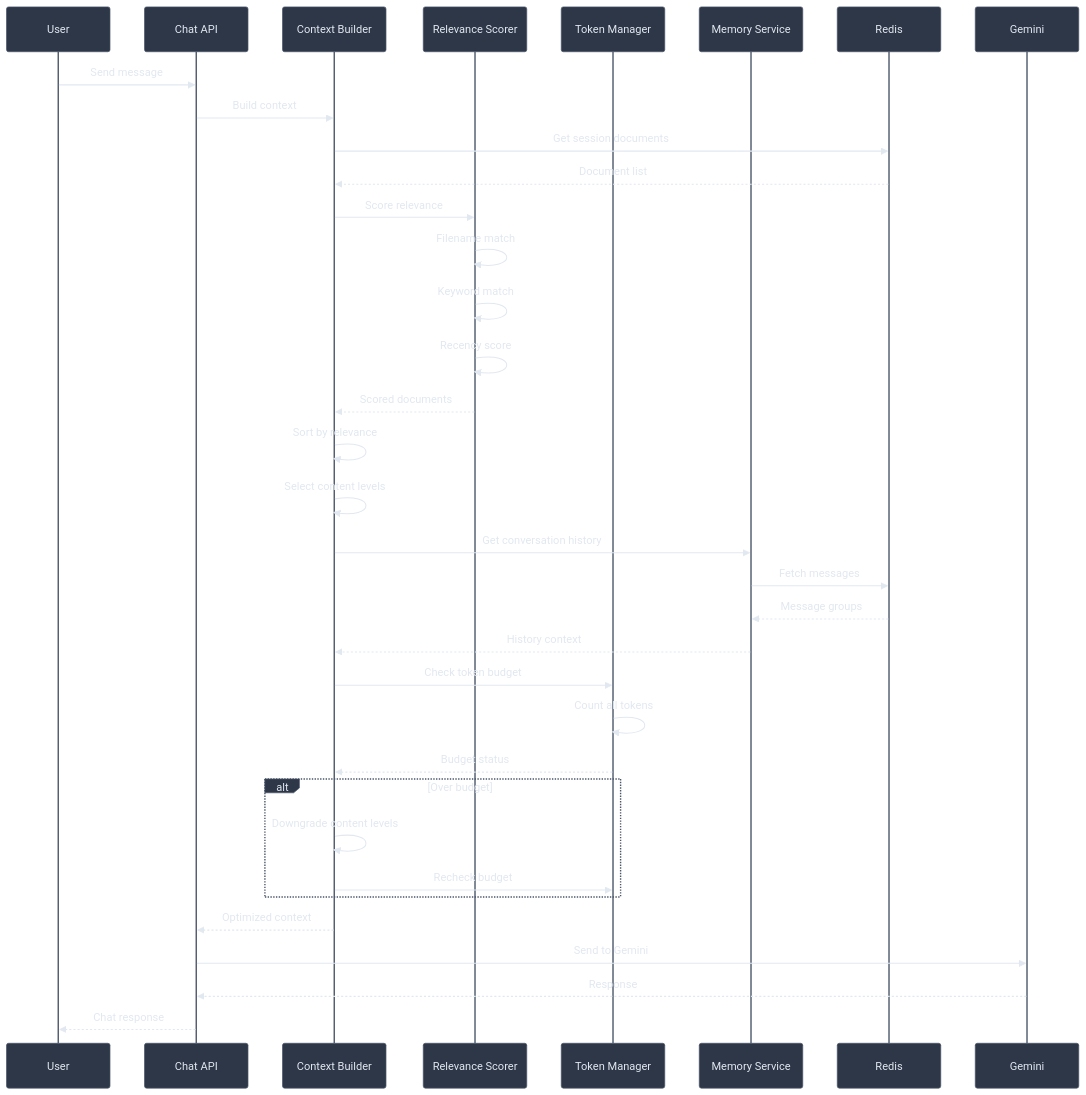
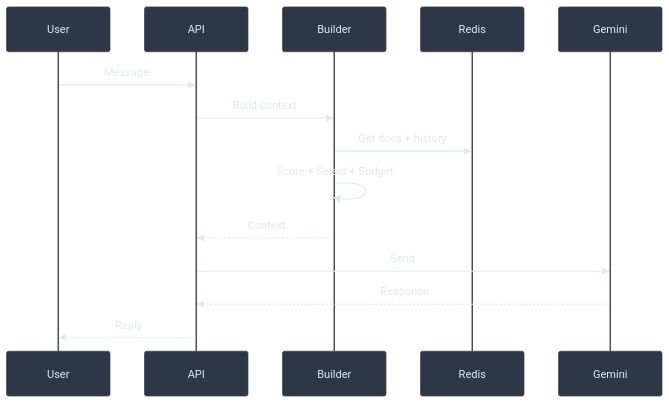
One commit to manumishra-zm/execution_plan changed diagram 11 of 17 in chat_context/chat_context.md. Above: the diagram before and after it, drawn with Mermaid. The commit also changed other lines of this file, not shown here.

````diff
--- a/chat_context/chat_context.md
+++ b/chat_context/chat_context.md
@@ -601,46 +381,17 @@
 ```mermaid
-%%{init: {'theme': 'base', 'themeVariables': { 'primaryColor': '#4a5568', 'primaryTextColor': '#e2e8f0', 'lineColor': '#a0aec0', 'actorTextColor': '#e2e8f0', 'actorBkg': '#2d3748', 'actorBorder': '#4a5568'}}}%%
+%%{init: {'theme': 'base', 'themeVariables': { 'primaryColor': '#4a5568', 'primaryTextColor': '#e2e8f0', 'lineColor': '#a0aec0', 'actorBkg': '#2d3748'}}}%%
 sequenceDiagram
     participant U as User
-    participant API as Chat API
-    participant CB as Context Builder
-    participant RS as Relevance Scorer
-    participant TM as Token Manager
-    participant MEM as Memory Service
+    participant API as API
+    participant CB as Builder
     participant DB as Redis
     participant LLM as Gemini
-
-    U->>API: Send message
+    U->>API: Message
     API->>CB: Build context
-
-    CB->>DB: Get session documents
-    DB-->>CB: Document list
-
-    CB->>RS: Score relevance
-    RS->>RS: Filename match
-    RS->>RS: Keyword match
-    RS->>RS: Recency score
-    RS-->>CB: Scored documents
-
-    CB->>CB: Sort by relevance
-    CB->>CB: Select content levels
-
-    CB->>MEM: Get conversation history
-    MEM->>DB: Fetch messages
-    DB-->>MEM: Message groups
-    MEM-->>CB: History context
-
-    CB->>TM: Check token budget
-    TM->>TM: Count all tokens
-    TM-->>CB: Budget status
-
-    alt Over budget
-        CB->>CB: Downgrade content levels
-        CB->>TM: Recheck budget
-    end
-
-    CB-->>API: Optimized context
-    API->>LLM: Send to Gemini
+    CB->>DB: Get docs + history
+    CB->>CB: Score + Select + Budget
+    CB-->>API: Context
+    API->>LLM: Send
     LLM-->>API: Response
-    API-->>U: Chat response
+    API-->>U: Reply
 ```
````
